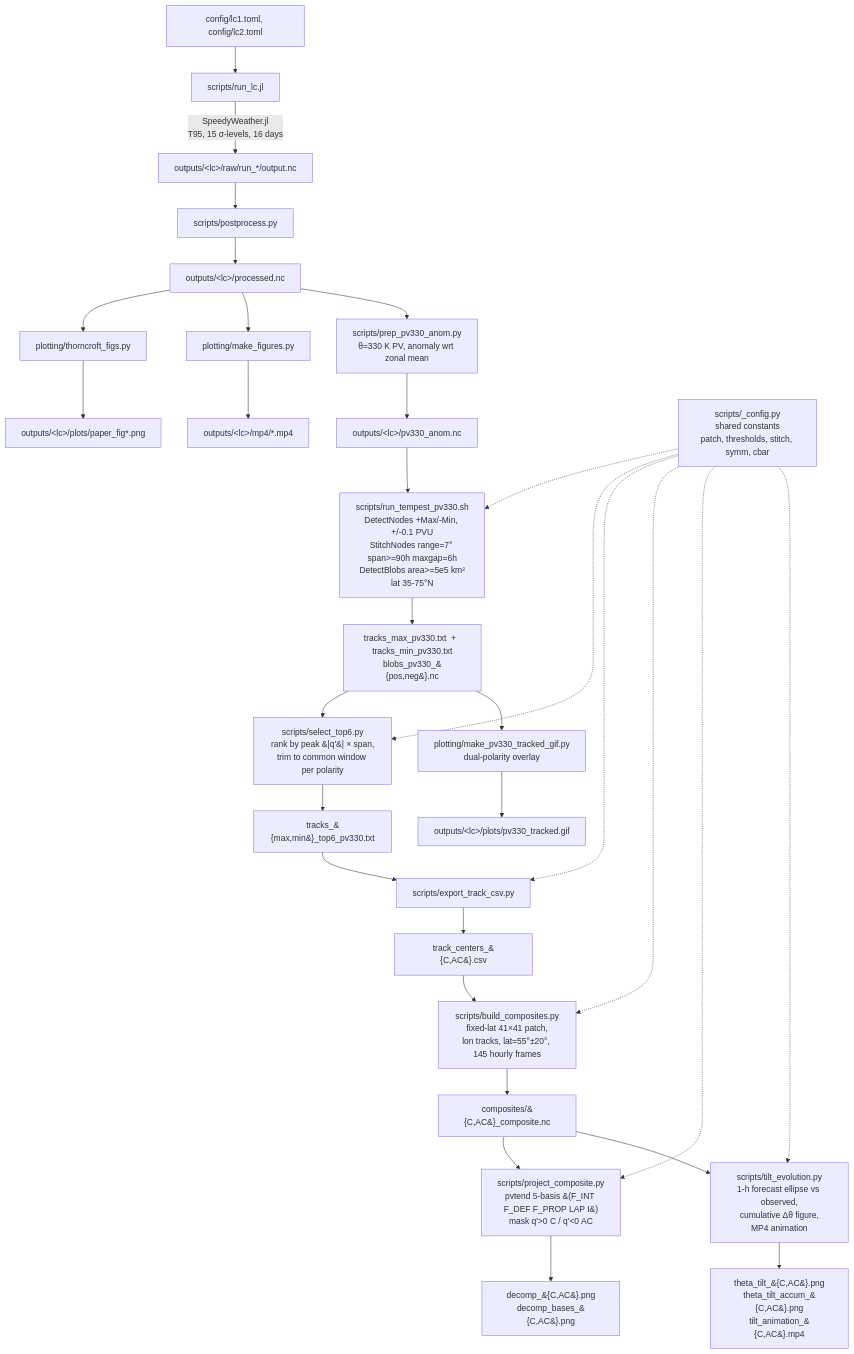
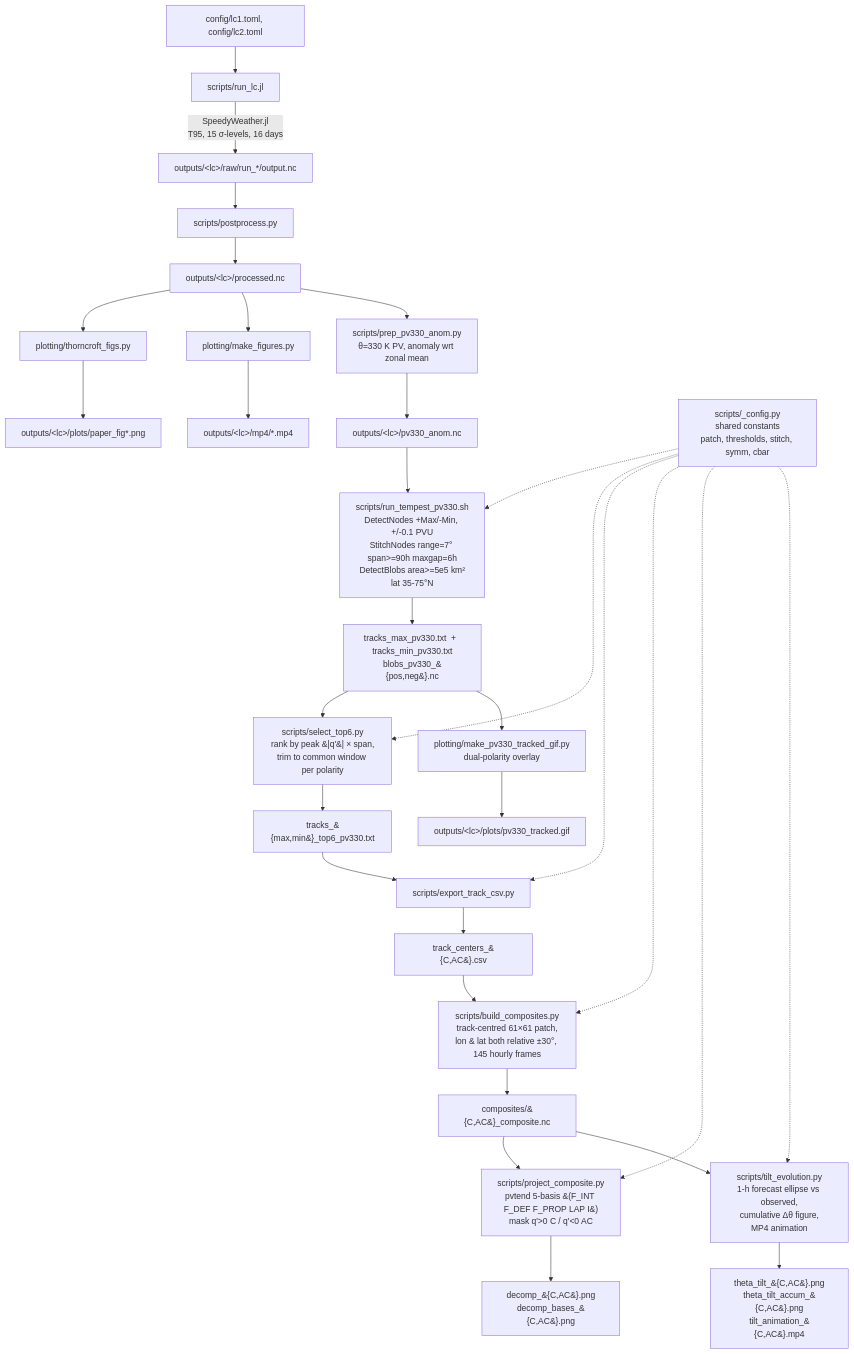
The diagram in README.md (yanxingjianken/thorncroft93RWB), drawn with Mermaid before and after one commit. The commit also changed other lines of this file and 40 other files, not shown here.

````diff
--- a/README.md
+++ b/README.md
@@ -148,36 +148,36 @@
 ```mermaid
 graph TD
     A[config/lc1.toml, config/lc2.toml] --> B[scripts/run_lc.jl]
     B -->|SpeedyWeather.jl<br/>T95, 15 &sigma;-levels, 16 days| C[outputs/&lt;lc&gt;/raw/run_*/output.nc]
     C --> D[scripts/postprocess.py]
     D --> E[outputs/&lt;lc&gt;/processed.nc]
     E --> F1[plotting/thorncroft_figs.py]
     E --> F2[plotting/make_figures.py]
     F1 --> G1[outputs/&lt;lc&gt;/plots/paper_fig*.png]
     F2 --> G2[outputs/&lt;lc&gt;/mp4/*.mp4]
 
     E --> H[scripts/prep_pv330_anom.py<br/>&theta;=330 K PV, anomaly wrt zonal mean]
     H --> I[outputs/&lt;lc&gt;/pv330_anom.nc]
 
     CFG[scripts/_config.py<br/>shared constants<br/>patch, thresholds, stitch, symm, cbar] -.-> J
     CFG -.-> L
     CFG -.-> EXP
     CFG -.-> N
     CFG -.-> P
     CFG -.-> R
 
     I --> J[scripts/run_tempest_pv330.sh<br/>DetectNodes +Max/-Min, +/-0.1 PVU<br/>StitchNodes range=7&deg; span>=90h maxgap=6h<br/>DetectBlobs area>=5e5 km&sup2;<br/>lat 35-75&deg;N]
     J --> K1[tracks_max_pv330.txt  +  tracks_min_pv330.txt<br/>blobs_pv330_&#123;pos,neg&#125;.nc]
     K1 --> L[scripts/select_top6.py<br/>rank by peak &#124;q'&#124; &times; span,<br/>trim to common window per polarity]
     L --> M[tracks_&#123;max,min&#125;_top6_pv330.txt]
     M --> EXP[scripts/export_track_csv.py]
     EXP --> CSV[track_centers_&#123;C,AC&#125;.csv]
-    CSV --> N[scripts/build_composites.py<br/>fixed-lat 41&times;41 patch,<br/>lon tracks, lat=55&deg;&plusmn;20&deg;, 145 hourly frames]
+    CSV --> N[scripts/build_composites.py<br/>track-centred 61&times;61 patch,<br/>lon &amp; lat both relative &plusmn;30&deg;, 145 hourly frames]
     N --> O[composites/&#123;C,AC&#125;_composite.nc]
     O --> P[scripts/project_composite.py<br/>pvtend 5-basis &#40;F_INT F_DEF F_PROP LAP I&#41;<br/>mask q'>0 C / q'<0 AC]
     P --> Q[decomp_&#123;C,AC&#125;.png<br/>decomp_bases_&#123;C,AC&#125;.png]
     O --> R[scripts/tilt_evolution.py<br/>1-h forecast ellipse vs observed,<br/>cumulative &Delta;&theta; figure,<br/>MP4 animation]
     R --> S[theta_tilt_&#123;C,AC&#125;.png<br/>theta_tilt_accum_&#123;C,AC&#125;.png<br/>tilt_animation_&#123;C,AC&#125;.mp4]
     K1 --> T[plotting/make_pv330_tracked_gif.py<br/>dual-polarity overlay]
     T --> U[outputs/&lt;lc&gt;/plots/pv330_tracked.gif]
 ```
````
